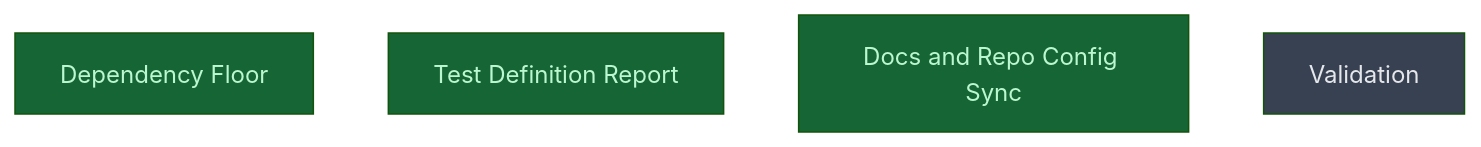
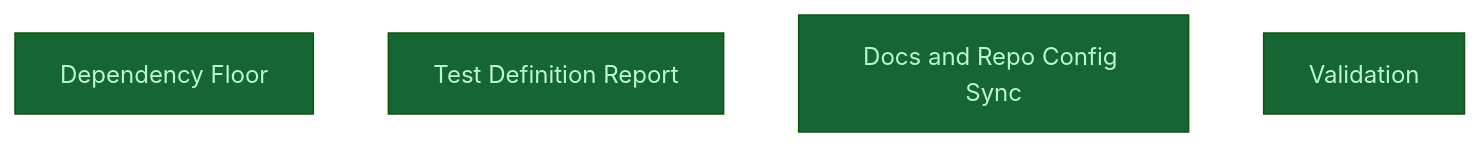
The diagram in __roadmap__/rikyu_mcp_sdk_v2/README.md (RIKEN-RCCS/Rikyu-Agent), drawn with Mermaid (forest theme) before and after one commit. The commit also changed other lines of this file and 2 other files, not shown here.

Commit message:
docs(roadmap): mark validation and live_cluster done
All five campaign leaves integrated and verified.

````diff
--- a/__roadmap__/rikyu_mcp_sdk_v2/README.md
+++ b/__roadmap__/rikyu_mcp_sdk_v2/README.md
@@ -44,12 +44,12 @@
 ```mermaid
 graph TD
     dependency_floor[Dependency Floor]:::done
     test_definition[Test Definition Report]:::done
     docs_sync[Docs and Repo Config Sync]:::done
-    validation[Validation]:::planned
+    validation[Validation]:::done
     classDef done       fill:#166534,color:#bbf7d0
     classDef inprogress fill:#854d0e,color:#fef08a
     classDef planned    fill:#374151,color:#e5e7eb
     classDef amendment  fill:#1e3a5f,color:#bfdbfe
     classDef blocked    fill:#7f1d1d,color:#fecaca
 ```
````
